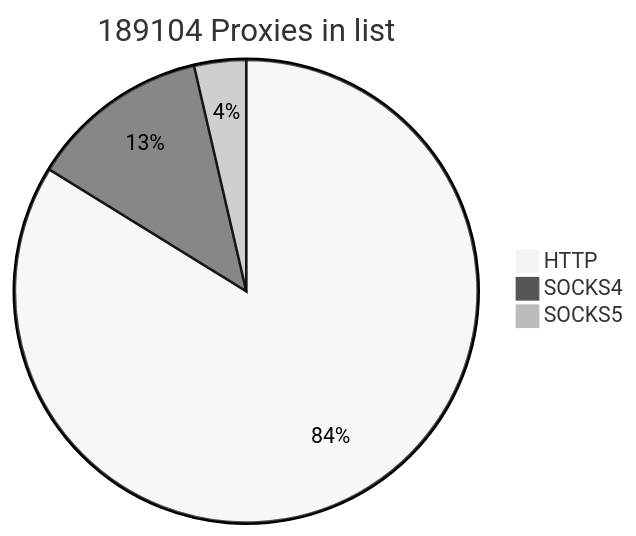
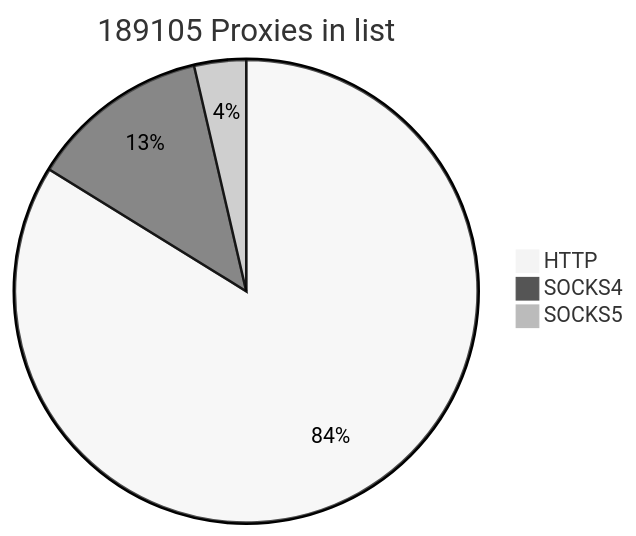
The first of 2 diagrams in README.md (cutipu/proxylist), drawn with Mermaid (neutral theme) before and after one commit. The commit also changed other lines of this file, not shown here.

````diff
--- a/README.md
+++ b/README.md
@@ -2,7 +2,7 @@
 ```mermaid
-pie title 189104 Proxies in list
-    "HTTP" : 158500
-    "SOCKS4" : 23754
-    "SOCKS5" : 6850
+pie title 189105 Proxies in list
+    "HTTP" : 158501
+    "SOCKS4" : 23755
+    "SOCKS5" : 6849
             
 ```
````
